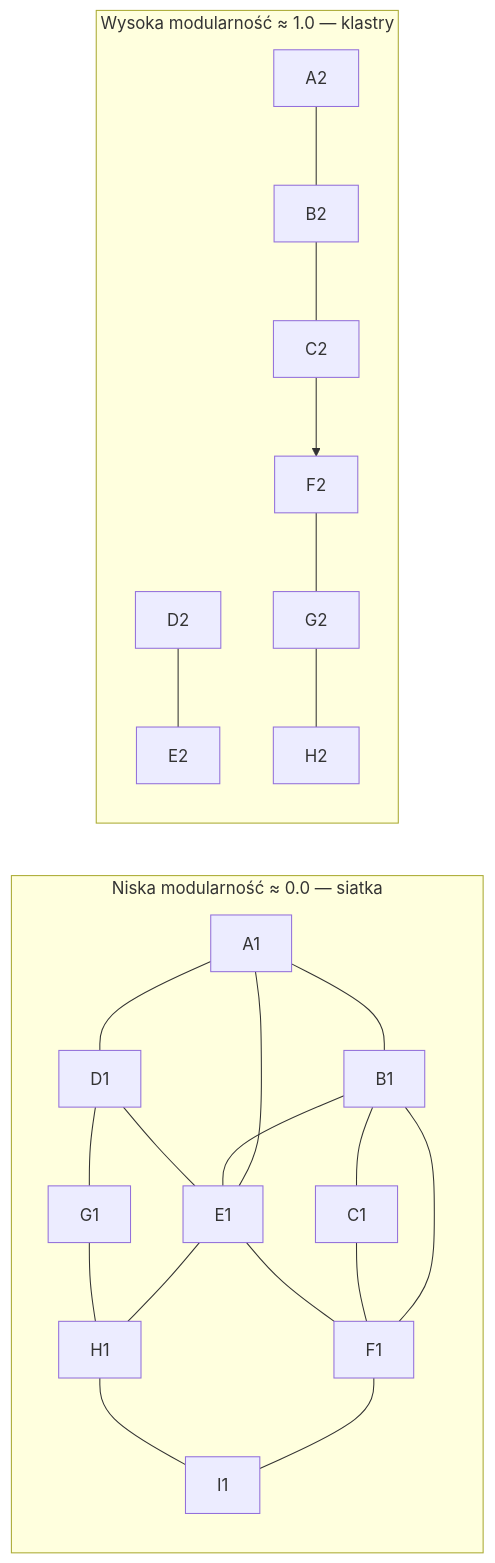
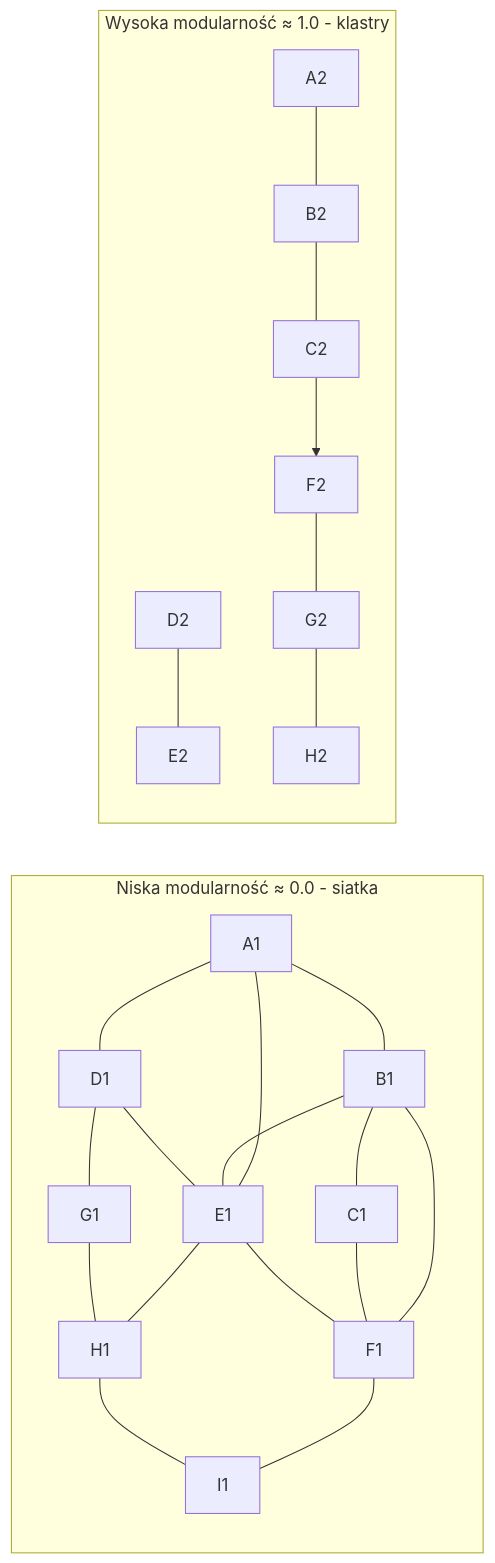
One commit to PiotrGry/qse-pkg changed the third of 14 diagrams in artifacts/qse_podrecznik.md. Above: the diagram before and after it, drawn with Mermaid. The commit also changed other lines of this file and 46 other files, not shown here.

````diff
--- a/artifacts/qse_podrecznik.md
+++ b/artifacts/qse_podrecznik.md
@@ -310,19 +310,19 @@
 ```mermaid
 graph LR
-    subgraph low["Niska modularność ≈ 0.0 — siatka"]
+    subgraph low["Niska modularność ≈ 0.0 - siatka"]
         A1---B1---C1
         D1---E1---F1
         G1---H1---I1
         A1---D1---G1
         B1---E1---H1
         C1---F1---I1
         A1---E1
         B1---F1
     end
-    subgraph high["Wysoka modularność ≈ 1.0 — klastry"]
+    subgraph high["Wysoka modularność ≈ 1.0 - klastry"]
         A2---B2---C2
         D2---E2
         F2---G2---H2
         C2-->F2
     end
 ```
````
